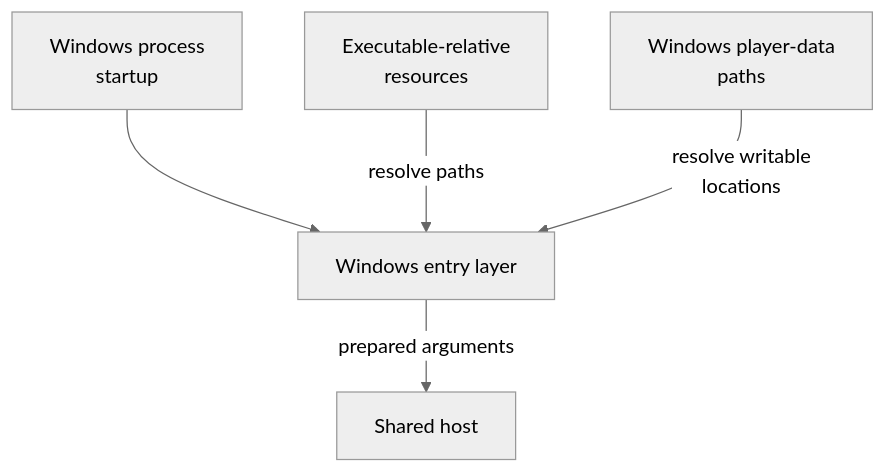
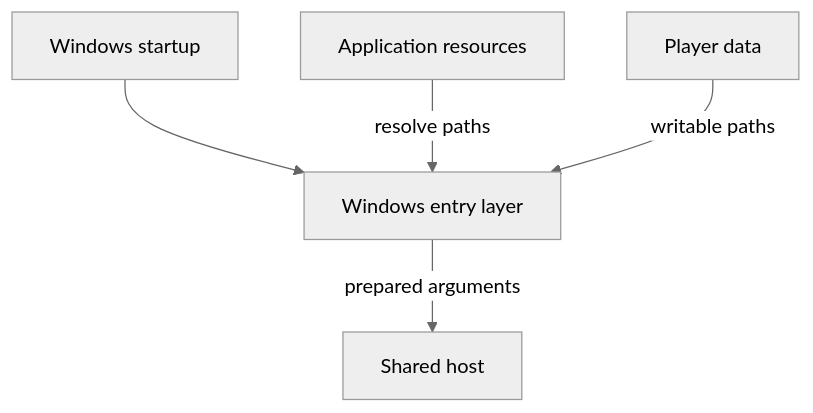
One commit to Aelbannan/boat_of_daphnes changed the fourth of 9 diagrams in docs/architecture/Host.md. Above: the diagram before and after it, drawn with Mermaid (neutral theme). The commit also changed other lines of this file, not shown here.

Commit message:
Simplify Host diagram labels

````diff
--- a/docs/architecture/Host.md
+++ b/docs/architecture/Host.md
@@ -125,17 +109,13 @@
 ```mermaid
 flowchart TD
-    Start["`Windows process
-startup`"]
+    Start["Windows startup"]
     Entry["Windows entry layer"]
-    Resources["`Executable-relative
-resources`"]
-    Data["`Windows player-data
-paths`"]
+    Resources["Application resources"]
+    Data["Player data"]
     Host["Shared host"]
 
     Start --> Entry
     Resources -->|"resolve paths"| Entry
-    Data -->|"`resolve writable
-locations`"| Entry
+    Data -->|"writable paths"| Entry
     Entry -->|"prepared arguments"| Host
 ```
````
